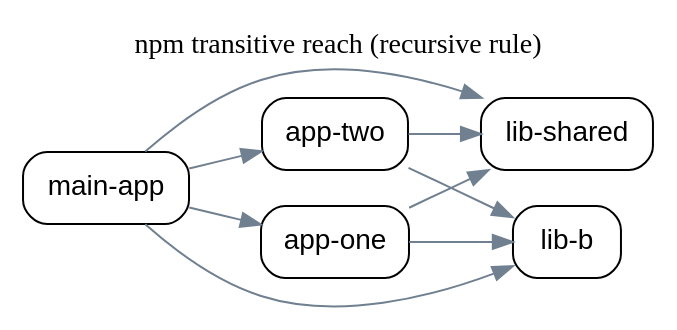
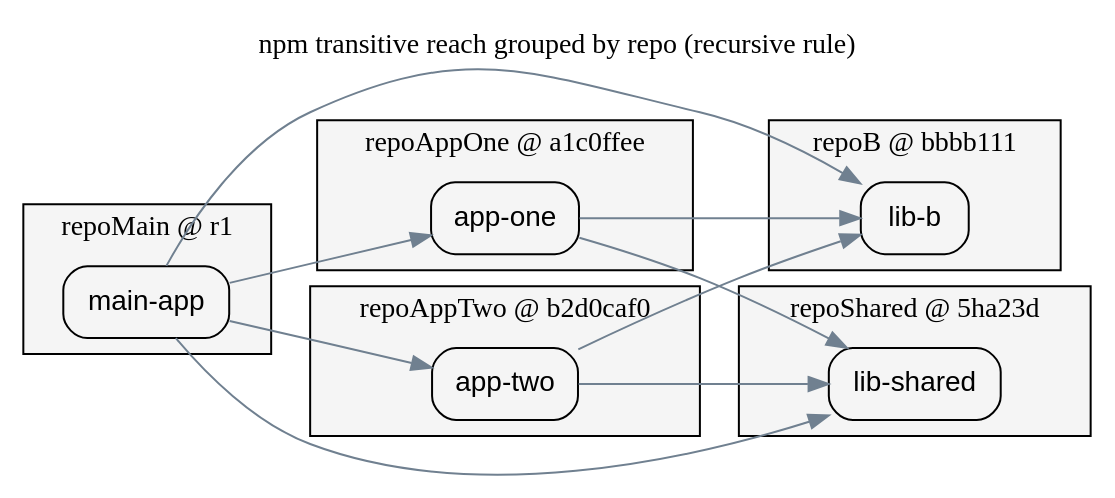
Before and after one commit to hafley66/sprefa: the diagram in v4/examples/npm-reaches.dot, drawn with Graphviz. The commit also changed 11 other files, not shown here.

First line of the commit message:
feat(examples): cluster npm dep graph by repo/rev (git-graph-ish grouping)

```diff
--- a/v4/examples/npm-reaches.dot
+++ b/v4/examples/npm-reaches.dot
@@ -1,16 +1,23 @@
 digraph npm_reaches {
   rankdir=LR
+  compound=true
   labelloc=t
-  label="npm transitive reach (recursive rule)"
+  label="npm transitive reach grouped by repo (recursive rule)"
   node [shape=box style=rounded fontname=Helvetica]
   edge [color=slategray]
+  subgraph cluster_repoMain { label="repoMain @ r1"; style=filled; fillcolor=whitesmoke; "main-app" }
+  subgraph cluster_repoB { label="repoB @ bbbb111"; style=filled; fillcolor=whitesmoke; "lib-b" }
+  subgraph cluster_repoAppOne { label="repoAppOne @ a1c0ffee"; style=filled; fillcolor=whitesmoke; "app-one" }
+  subgraph cluster_repoAppTwo { label="repoAppTwo @ b2d0caf0"; style=filled; fillcolor=whitesmoke; "app-two" }
+  subgraph cluster_repoShared { label="repoShared @ 5ha23d"; style=filled; fillcolor=whitesmoke; "lib-shared" }
+
+  "main-app" -> "app-one"
+  "main-app" -> "app-two"
+  "app-one" -> "lib-shared"
+  "app-one" -> "lib-b"
   "app-two" -> "lib-shared"
   "app-two" -> "lib-b"
-  "app-one" -> "lib-shared"
-  "app-one" -> "lib-b"
-  "main-app" -> "app-one"
-  "main-app" -> "app-two"
   "main-app" -> "lib-shared"
   "main-app" -> "lib-b"
 
 }
```
